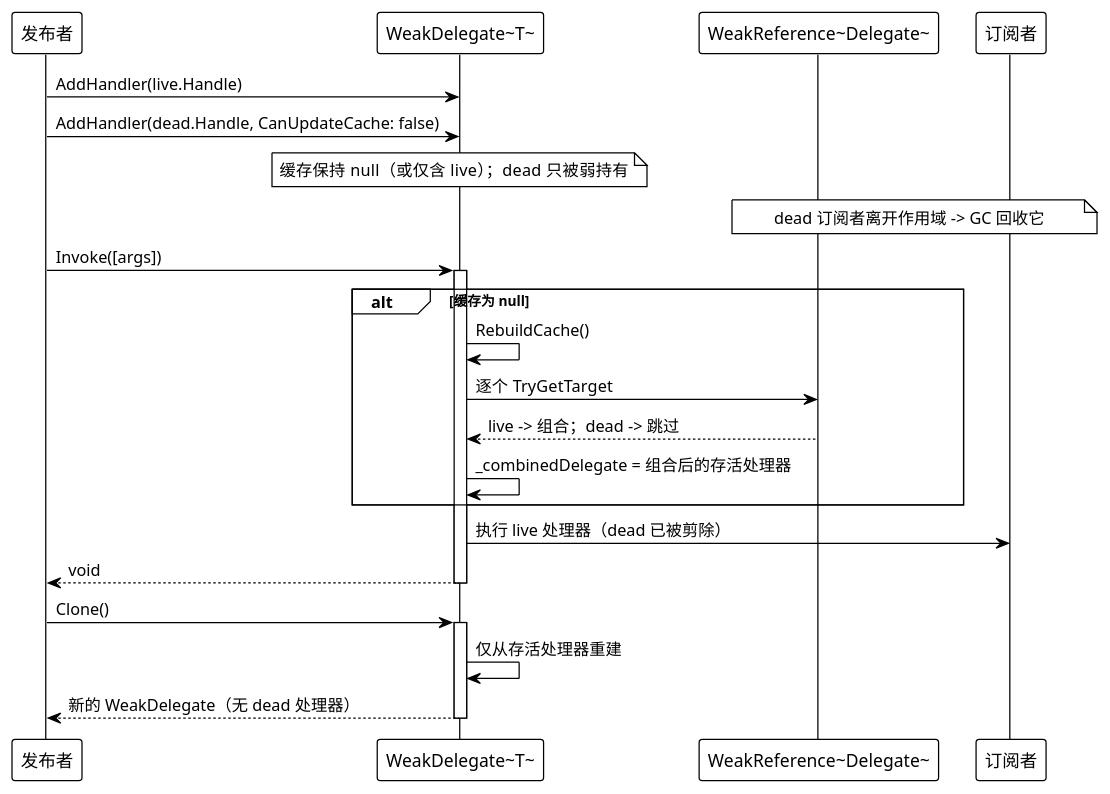
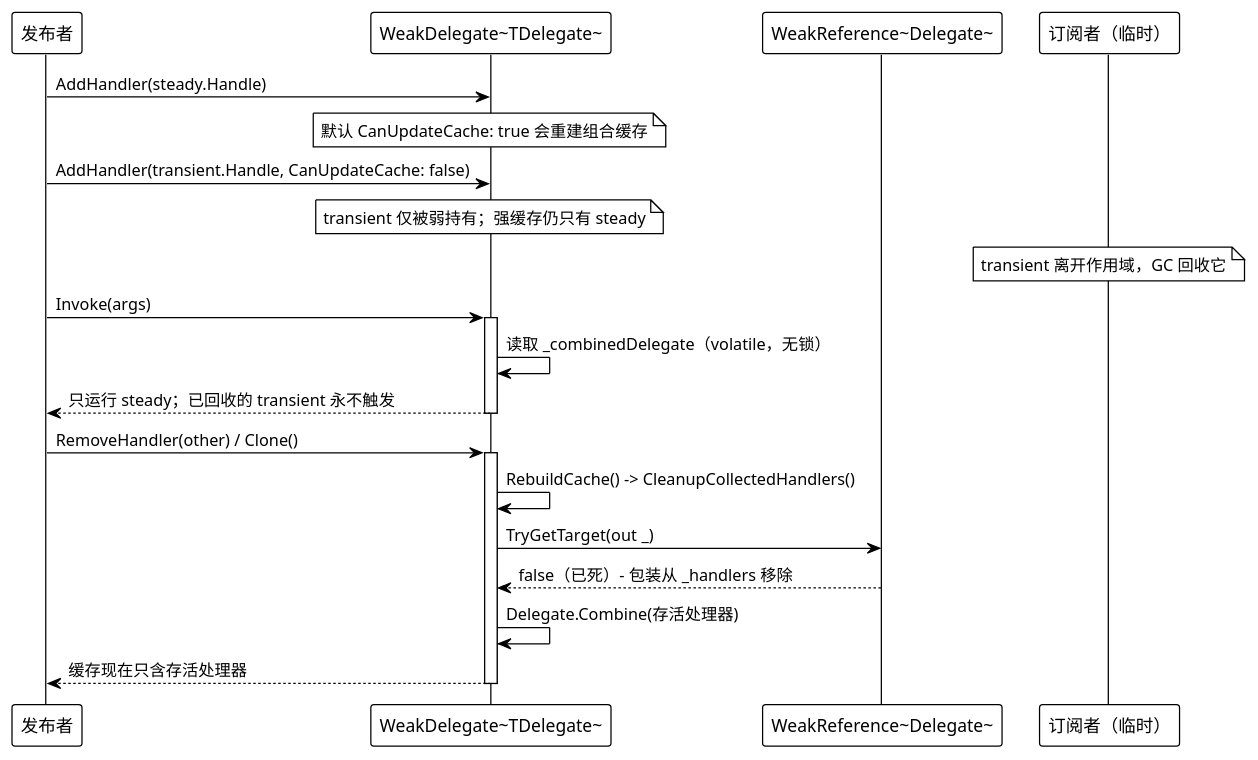
One commit to Axvser/VeloxDev.Docs changed the third of 3 diagrams in src/CloudGlyph/Assets/Docs/content/zh/3_SE分析/03_数据流分析/07_弱引用类型/index.md. Above: the diagram before and after it, drawn with PlantUML. The commit also changed other lines of this file and 443 other files, not shown here.

````diff
--- a/src/CloudGlyph/Assets/Docs/content/zh/3_SE分析/03_数据流分析/07_弱引用类型/index.md
+++ b/src/CloudGlyph/Assets/Docs/content/zh/3_SE分析/03_数据流分析/07_弱引用类型/index.md
@@ -84,34 +96,32 @@
 ```plantuml
 @startuml
 !theme plain
 
 participant "发布者" as P
-participant "WeakDelegate~T~" as W
+participant "WeakDelegate~TDelegate~" as W
 participant "WeakReference~Delegate~" as WR
-participant "订阅者" as S
+participant "订阅者（临时）" as S
 
-P -> W: AddHandler(live.Handle)
-P -> W: AddHandler(dead.Handle, CanUpdateCache: false)
-note over W: 缓存保持 null（或仅含 live）；dead 只被弱持有
+P -> W: AddHandler(steady.Handle)
+note over W: 默认 CanUpdateCache: true 会重建组合缓存
+P -> W: AddHandler(transient.Handle, CanUpdateCache: false)
+note over W: transient 仅被弱持有；强缓存仍只有 steady
 
-note over WR,S: dead 订阅者离开作用域 -> GC 回收它
+note over S: transient 离开作用域，GC 回收它
 
-P -> W: Invoke([args])
+P -> W: Invoke(args)
 activate W
-alt 缓存为 null
-    W -> W: RebuildCache()
-    W -> WR: 逐个 TryGetTarget
-    WR --> W: live -> 组合；dead -> 跳过
-    W -> W: _combinedDelegate = 组合后的存活处理器
-end
-W -> S: 执行 live 处理器（dead 已被剪除）
-W --> P: void
+W -> W: 读取 _combinedDelegate（volatile，无锁）
+W --> P: 只运行 steady；已回收的 transient 永不触发
 deactivate W
 
-P -> W: Clone()
+P -> W: RemoveHandler(other) / Clone()
 activate W
-W -> W: 仅从存活处理器重建
-W --> P: 新的 WeakDelegate（无 dead 处理器）
+W -> W: RebuildCache() -> CleanupCollectedHandlers()
+W -> WR: TryGetTarget(out _)
+WR --> W: false（已死）- 包装从 _handlers 移除
+W -> W: Delegate.Combine(存活处理器)
+W --> P: 缓存现在只含存活处理器
 deactivate W
 @enduml
 ```
````
